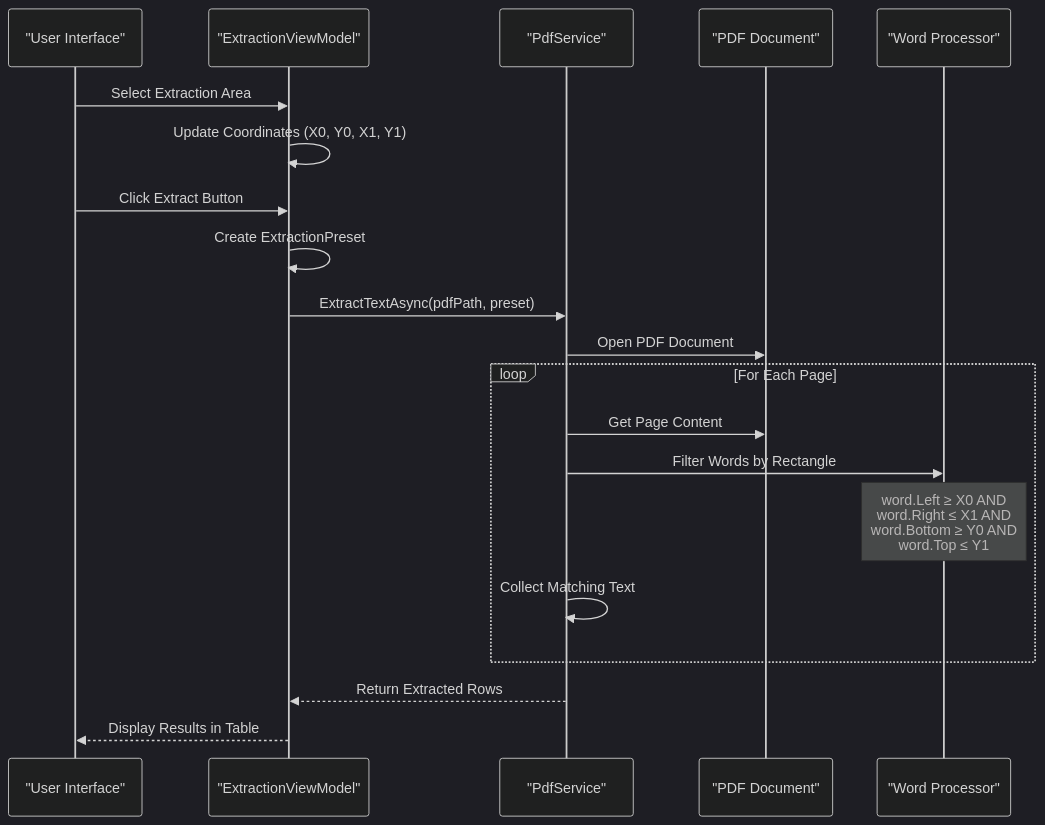
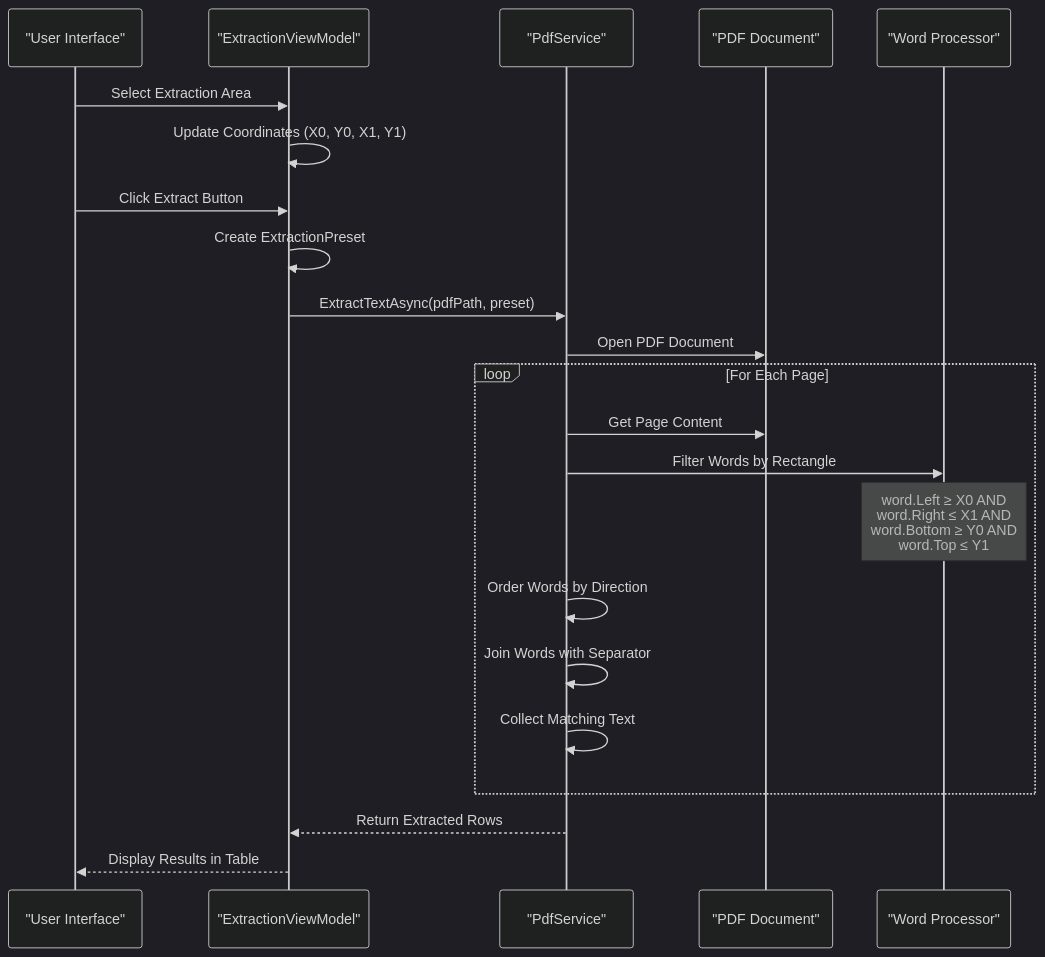
The fourth of 8 diagrams in .qoder/repowiki/en/content/Data Models/ExtractionPreset.md (Kibnet/PDFAnnotator), drawn with Mermaid (dark theme) before and after one commit. The commit also changed other lines of this file and 4 other files, not shown here.

````diff
--- a/.qoder/repowiki/en/content/Data Models/ExtractionPreset.md
+++ b/.qoder/repowiki/en/content/Data Models/ExtractionPreset.md
@@ -254,22 +316,24 @@
 ```mermaid
 sequenceDiagram
 participant User as "User Interface"
 participant VM as "ExtractionViewModel"
 participant PS as "PdfService"
 participant PDF as "PDF Document"
 participant Word as "Word Processor"
 User->>VM : Select Extraction Area
 VM->>VM : Update Coordinates (X0, Y0, X1, Y1)
 User->>VM : Click Extract Button
 VM->>VM : Create ExtractionPreset
 VM->>PS : ExtractTextAsync(pdfPath, preset)
 PS->>PDF : Open PDF Document
 loop For Each Page
 PS->>PDF : Get Page Content
 PS->>Word : Filter Words by Rectangle
 Note over Word : word.Left ≥ X0 AND<br/>word.Right ≤ X1 AND<br/>word.Bottom ≥ Y0 AND<br/>word.Top ≤ Y1
+PS->>PS : Order Words by Direction
+PS->>PS : Join Words with Separator
 PS->>PS : Collect Matching Text
 end
 PS-->>VM : Return Extracted Rows
 VM-->>User : Display Results in Table
 ```
````
